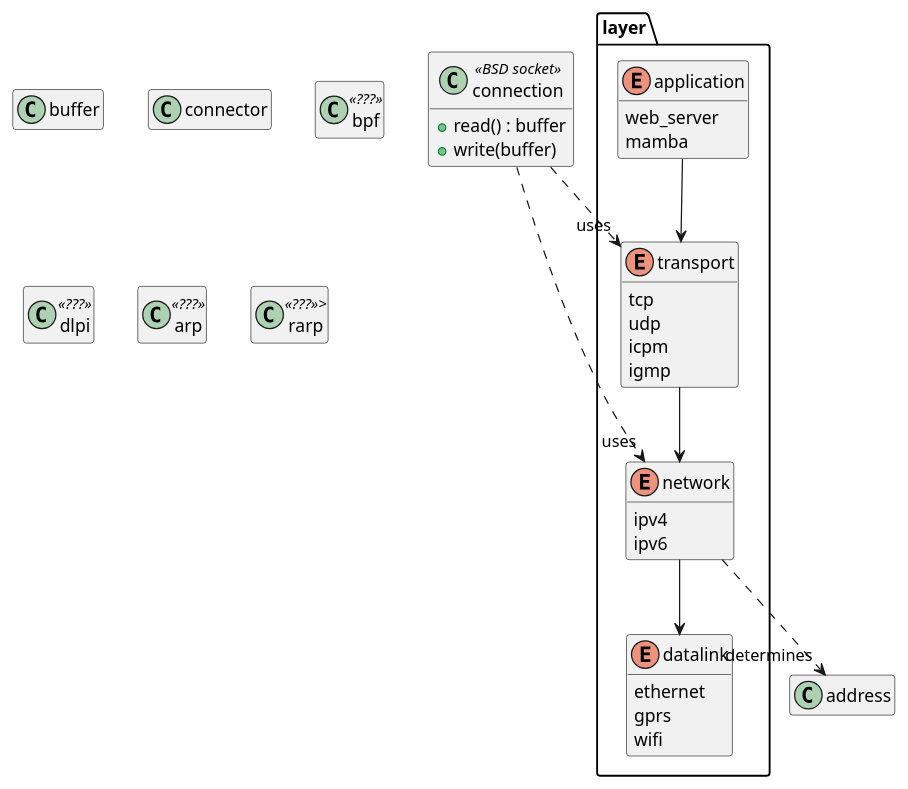
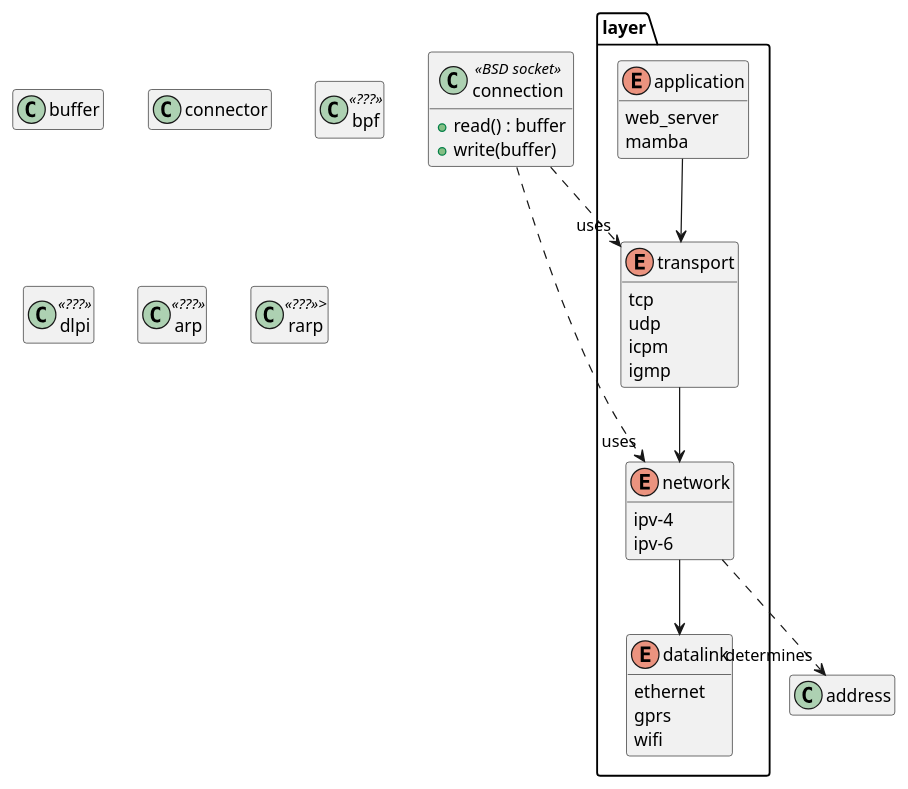
The diagram in code/remote/document/uml/unix_network_programming.plantuml (rodrigocanellas/tenacitas), drawn with PlantUML before and after one commit. The commit also changed 1 other file, not shown here.

```diff
--- a/code/remote/document/uml/unix_network_programming.plantuml
+++ b/code/remote/document/uml/unix_network_programming.plantuml
@@ -1,46 +1,46 @@
 @startuml
 
 hide empty members
 
 package layer {
     enum datalink {
         ethernet
         gprs
         wifi
     }
     enum  network {
-        ipv4
-        ipv6        
+        ipv-4
+        ipv-6        
     }
     enum transport {
         tcp
         udp
         icpm
         igmp
     }
     enum application {
         web_server
         mamba
     }
 
     application --> transport
     transport --> network
     network --> datalink
 }    
 class buffer
 class connection  <<BSD socket>> {
     + read() : buffer
     + write(buffer)
 }
 
 class connector
 
 class bpf <<???>>
 class dlpi <<???>>
 class arp <<???>>
 class rarp <<???>>>
 
 connection ..> "uses" transport
 network ..> "determines" address
 connection ..> "uses" network
 @enduml
```
